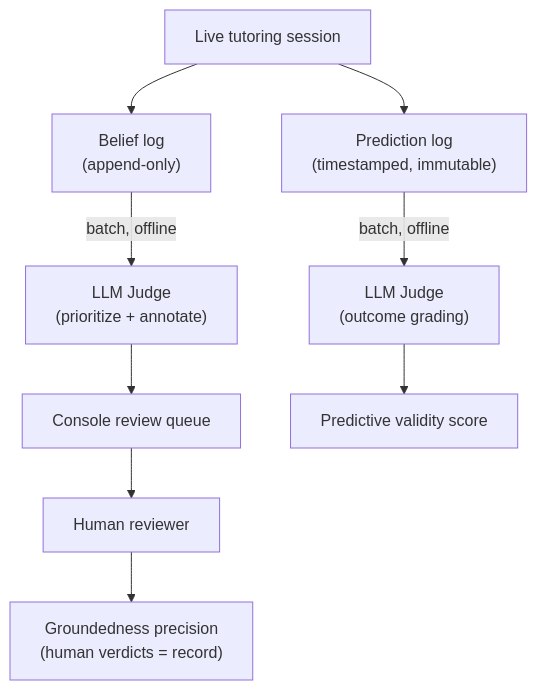
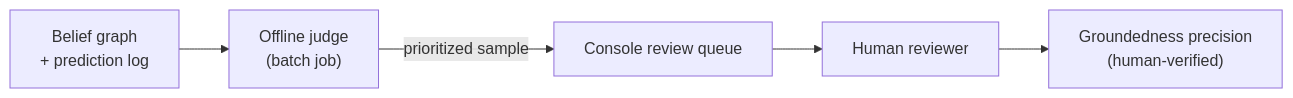
One commit to stemolly/wiki changed the second of 2 diagrams in src/content/docs/vi/engine/engine-validation.md. Above: the diagram before and after it, drawn with Mermaid. The commit also changed other lines of this file and 57 other files, not shown here.

````diff
--- a/src/content/docs/vi/engine/engine-validation.md
+++ b/src/content/docs/vi/engine/engine-validation.md
@@ -109,11 +71,13 @@
 ```mermaid
-flowchart TD
-    Tutor["Live tutoring session"] --> BeliefLog["Belief log<br/>(append-only)"]
-    Tutor --> PredLog["Prediction log<br/>(timestamped, immutable)"]
-    BeliefLog -->|"batch, offline"| Judge["LLM Judge<br/>(prioritize + annotate)"]
-    Judge --> Queue["Console review queue"]
-    Queue --> Human["Human reviewer"]
-    Human --> Metric["Groundedness precision<br/>(human verdicts = record)"]
-    PredLog -->|"batch, offline"| Judge2["LLM Judge<br/>(outcome grading)"]
-    Judge2 --> PredMetric["Predictive validity score"]
+flowchart LR
+    BG["Belief graph<br/>+ prediction log"]
+    Batch["Offline judge<br/>(batch job)"]
+    Queue["Console review queue"]
+    Human["Human reviewer"]
+    Metric["Groundedness precision<br/>(human-verified)"]
+
+    BG --> Batch
+    Batch -->|"prioritized sample"| Queue
+    Queue --> Human
+    Human --> Metric
 ```
````
